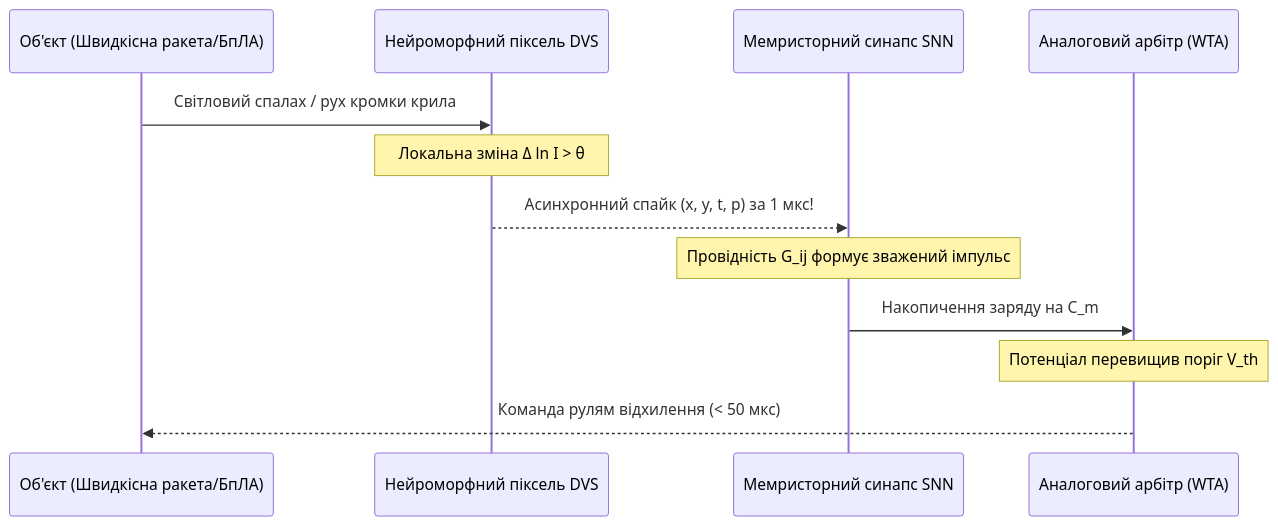
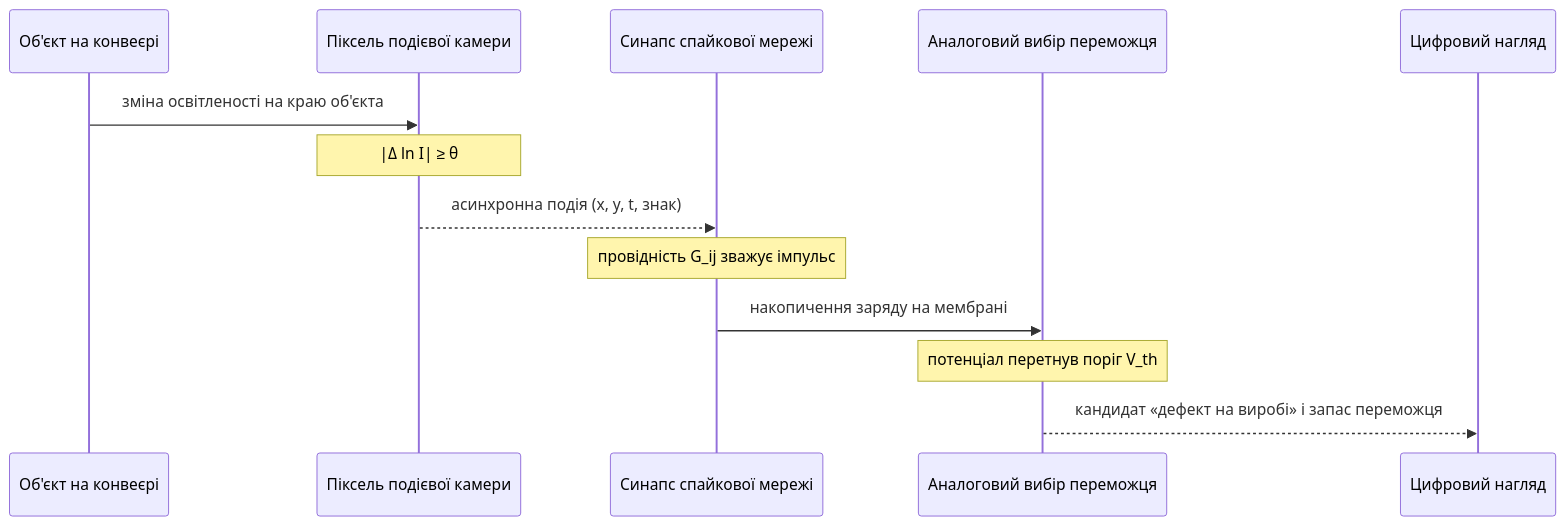
One commit to nick-fedchik/articles changed the fourth of 6 diagrams in ExpertSystem/appendix-d-analog-expert-systems-and-neuromorphic-computing.md. Above: the diagram before and after it, drawn with Mermaid. The commit also changed other lines of this file, not shown here.

````diff
--- a/ExpertSystem/appendix-d-analog-expert-systems-and-neuromorphic-computing.md
+++ b/ExpertSystem/appendix-d-analog-expert-systems-and-neuromorphic-computing.md
@@ -297,18 +219,19 @@
 ```mermaid
 sequenceDiagram
-    accTitle: Асинхронний потік подій від DVS до аналогового контуру перехоплення
-    accDescr: Формування часових подій зміною освітленості без очікування кадрових синхроімпульсів.
+    accTitle: Подієвий потік від датчика до аналогового вибору гіпотези
+    accDescr: Подієва камера формує події зміни освітленості, спайкова мережа накопичує їх, а схема вибору переможця передає кандидата цифровій частині.
 
-    participant World as Об'єкт (Швидкісна ракета/БпЛА)
-    participant DVS as Нейроморфний піксель DVS
-    participant Synapse as Мемристорний синапс SNN
-    participant Gate as Аналоговий арбітр (WTA)
+    participant World as Об'єкт на конвеєрі
+    participant DVS as Піксель подієвої камери
+    participant Synapse as Синапс спайкової мережі
+    participant Gate as Аналоговий вибір переможця
+    participant Digital as Цифровий нагляд
 
-    World->>DVS: Світловий спалах / рух кромки крила
-    Note over DVS: Локальна зміна Δ ln I > θ
-    DVS-->>Synapse: Асинхронний спайк (x, y, t, p) за 1 мкс!
-    Note over Synapse: Провідність G_ij формує зважений імпульс
-    Synapse->>Gate: Накопичення заряду на C_m
-    Note over Gate: Потенціал перевищив поріг V_th
-    Gate-->>World: Команда рулям відхилення (< 50 мкс)
+    World->>DVS: зміна освітленості на краю об'єкта
+    Note over DVS: |Δ ln I| ≥ θ
+    DVS-->>Synapse: асинхронна подія (x, y, t, знак)
+    Note over Synapse: провідність G_ij зважує імпульс
+    Synapse->>Gate: накопичення заряду на мембрані
+    Note over Gate: потенціал перетнув поріг V_th
+    Gate-->>Digital: кандидат «дефект на виробі» і запас переможця
 ```
````
